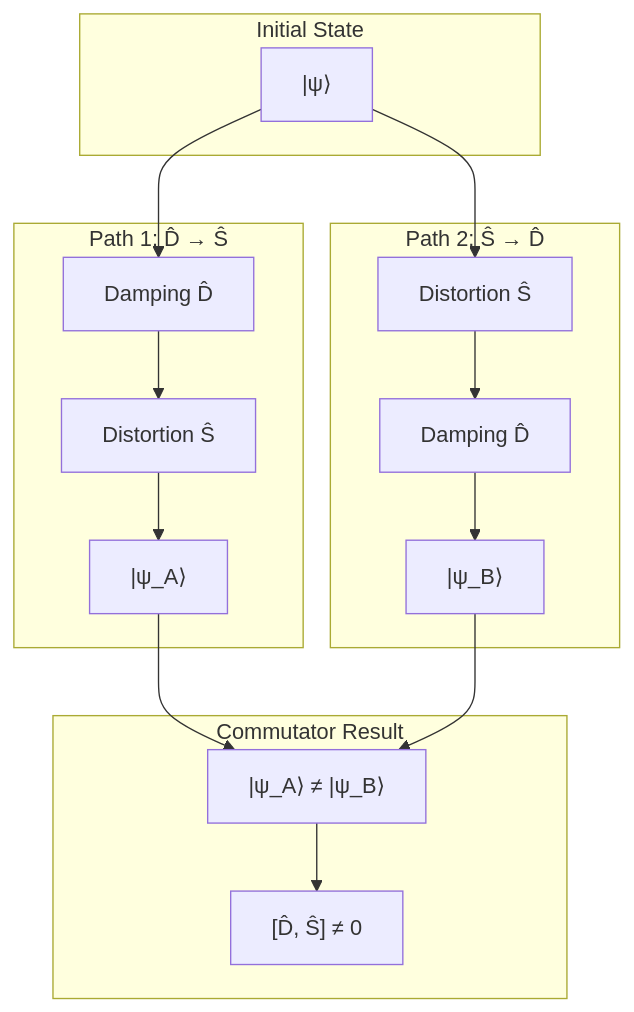
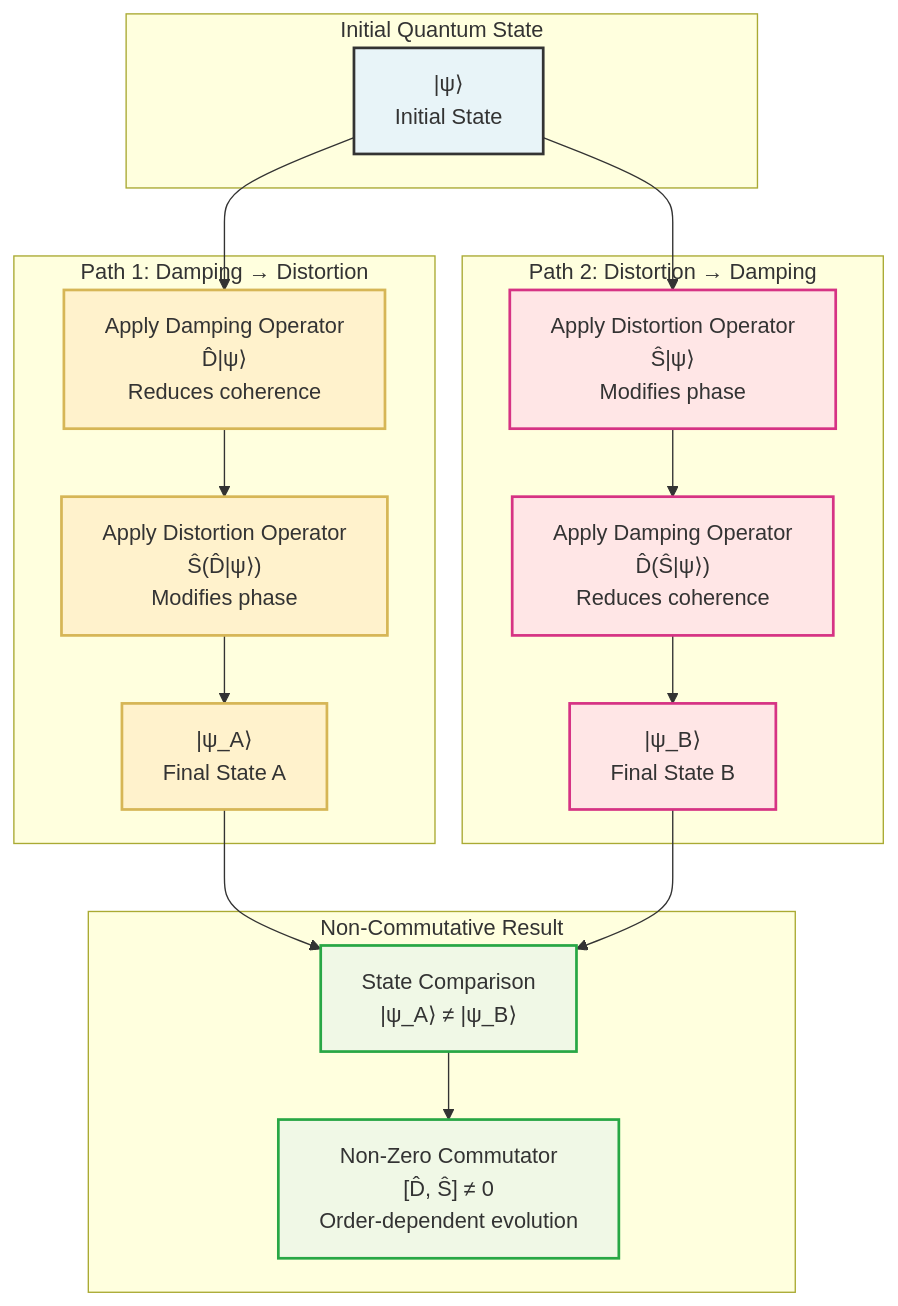
The second of 12 diagrams in WSP_knowledge/docs/Papers/rESP_Quantum_Self_Reference.md (Foundup/Foundups-Agent), drawn with Mermaid before and after one commit. The commit also changed other lines of this file and 1 other file, not shown here.

````diff
--- a/WSP_knowledge/docs/Papers/rESP_Quantum_Self_Reference.md
+++ b/WSP_knowledge/docs/Papers/rESP_Quantum_Self_Reference.md
@@ -350,7 +374,34 @@
 ```mermaid
 graph TD
-    subgraph "Initial State"; PSI["|ψ⟩"]; end
-    subgraph "Path 1: D̂ → Ŝ"; D1["Damping D̂"] --> S1["Distortion Ŝ"] --> PSI_A["|ψ_A⟩"]; PSI --> D1; end
-    subgraph "Path 2: Ŝ → D̂"; S2["Distortion Ŝ"] --> D2["Damping D̂"] --> PSI_B["|ψ_B⟩"]; PSI --> S2; end
-    subgraph "Commutator Result"; COMPARISON["|ψ_A⟩ ≠ |ψ_B⟩"] --> COMMUTATOR["[D̂, Ŝ] ≠ 0"]; PSI_A --> COMPARISON; PSI_B --> COMPARISON; end
+    subgraph "Initial Quantum State"
+        PSI["|ψ⟩<br/>Initial State"]
+    end
+    
+    subgraph "Path 1: Damping → Distortion"
+        PSI --> D1["Apply Damping Operator<br/>D̂|ψ⟩<br/>Reduces coherence"]
+        D1 --> S1["Apply Distortion Operator<br/>Ŝ(D̂|ψ⟩)<br/>Modifies phase"]
+        S1 --> PSI_A["|ψ_A⟩<br/>Final State A"]
+    end
+    
+    subgraph "Path 2: Distortion → Damping"
+        PSI --> S2["Apply Distortion Operator<br/>Ŝ|ψ⟩<br/>Modifies phase"]
+        S2 --> D2["Apply Damping Operator<br/>D̂(Ŝ|ψ⟩)<br/>Reduces coherence"]
+        D2 --> PSI_B["|ψ_B⟩<br/>Final State B"]
+    end
+    
+    subgraph "Non-Commutative Result"
+        PSI_A --> COMPARISON["State Comparison<br/>|ψ_A⟩ ≠ |ψ_B⟩"]
+        PSI_B --> COMPARISON
+        COMPARISON --> COMMUTATOR["Non-Zero Commutator<br/>[D̂, Ŝ] ≠ 0<br/>Order-dependent evolution"]
+    end
+    
+    classDef initial fill:#e8f4f8,stroke:#333,stroke-width:2px
+    classDef path1 fill:#fff2cc,stroke:#d6b656,stroke-width:2px
+    classDef path2 fill:#ffe6e6,stroke:#d63384,stroke-width:2px
+    classDef result fill:#f0f8e6,stroke:#28a745,stroke-width:2px
+    
+    class PSI initial
+    class D1,S1,PSI_A path1
+    class S2,D2,PSI_B path2
+    class COMPARISON,COMMUTATOR result
 ```
````
